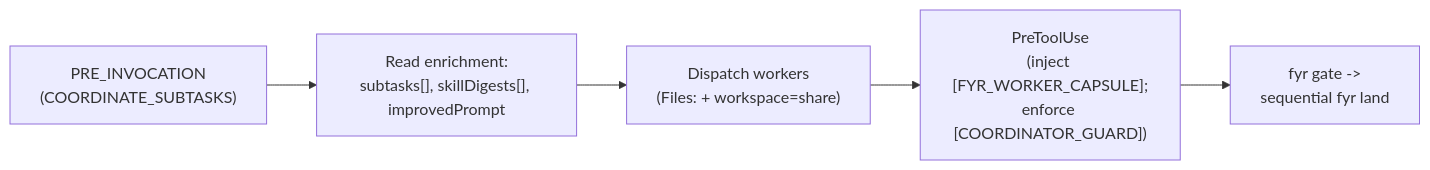
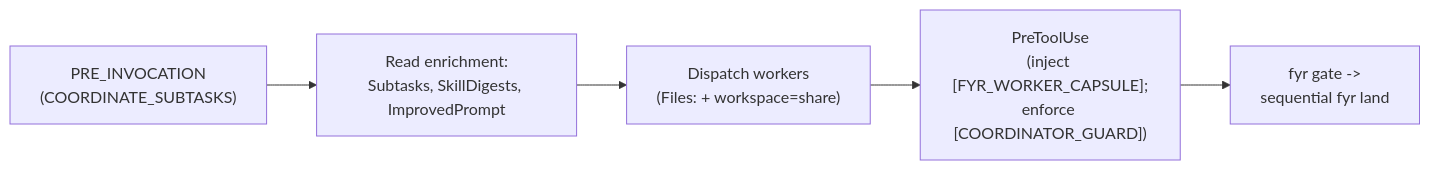
Before and after one commit to kesokaj/fyr: the diagram in skills/fyr-swarm/SKILL.md, drawn with Mermaid. The commit also changed other lines of this file and 29 other files, not shown here.

````diff
--- a/skills/fyr-swarm/SKILL.md
+++ b/skills/fyr-swarm/SKILL.md
@@ -26,7 +26,7 @@
 ```mermaid
 flowchart LR
-    preInv["PRE_INVOCATION\n(COORDINATE_SUBTASKS)"] --> inspect["Read enrichment:\nsubtasks[], skillDigests[], improvedPrompt"]
+    preInv["PRE_INVOCATION\n(COORDINATE_SUBTASKS)"] --> inspect["Read enrichment:\nSubtasks, SkillDigests, ImprovedPrompt"]
     inspect --> dispatch["Dispatch workers\n(Files: + workspace=share)"]
     dispatch --> preTool["PreToolUse\n(inject [FYR_WORKER_CAPSULE];\nenforce [COORDINATOR_GUARD])"]
     preTool --> land["fyr gate ->\nsequential fyr land"]
 ```
````
